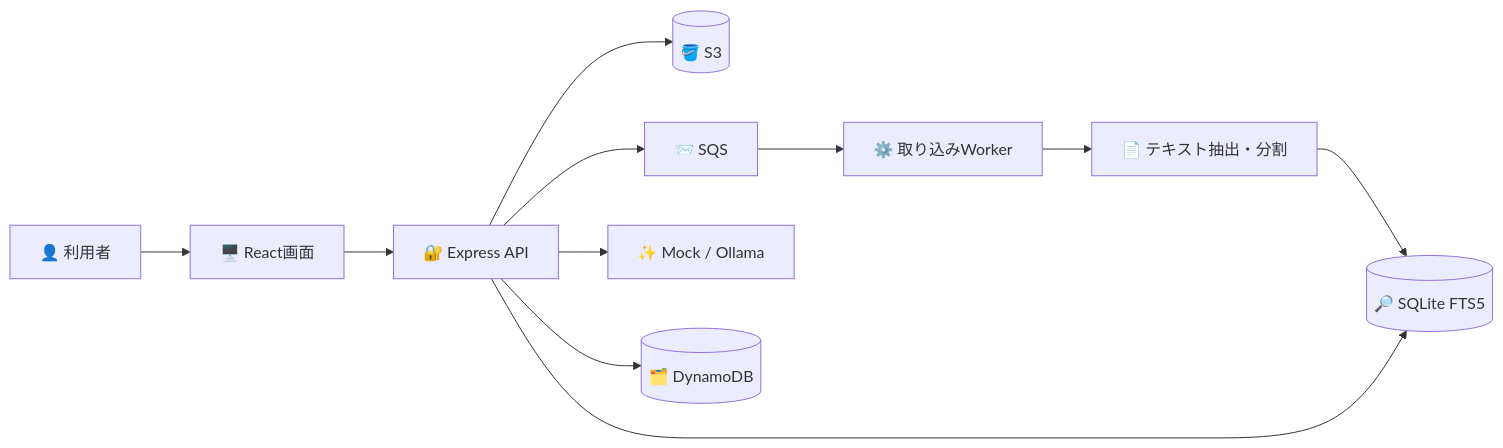
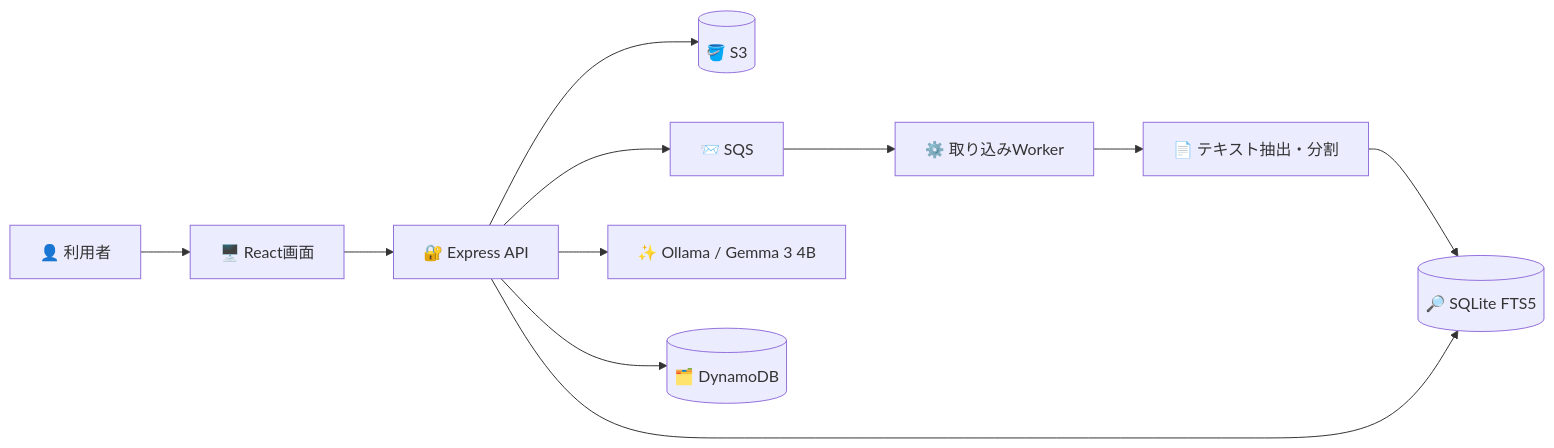
The first of 2 diagrams in README.md (kamn-sap/ai-manufacturing-poc), drawn with Mermaid before and after one commit. The commit also changed other lines of this file and 13 other files, not shown here.

````diff
--- a/README.md
+++ b/README.md
@@ -17,13 +17,13 @@
 ```mermaid
 flowchart LR
     U[👤 利用者] --> WEB[🖥️ React画面]
     WEB --> API[🔐 Express API]
     API --> S3[(🪣 S3)]
     API --> Q[📨 SQS]
     Q --> W[⚙️ 取り込みWorker]
     W --> EX[📄 テキスト抽出・分割]
     EX --> IDX[(🔎 SQLite FTS5)]
     API --> IDX
-    API --> LLM[✨ Mock / Ollama]
+    API --> LLM[✨ Ollama / Gemma 3 4B]
     API --> DDB[(🗂️ DynamoDB)]
 ```
````
